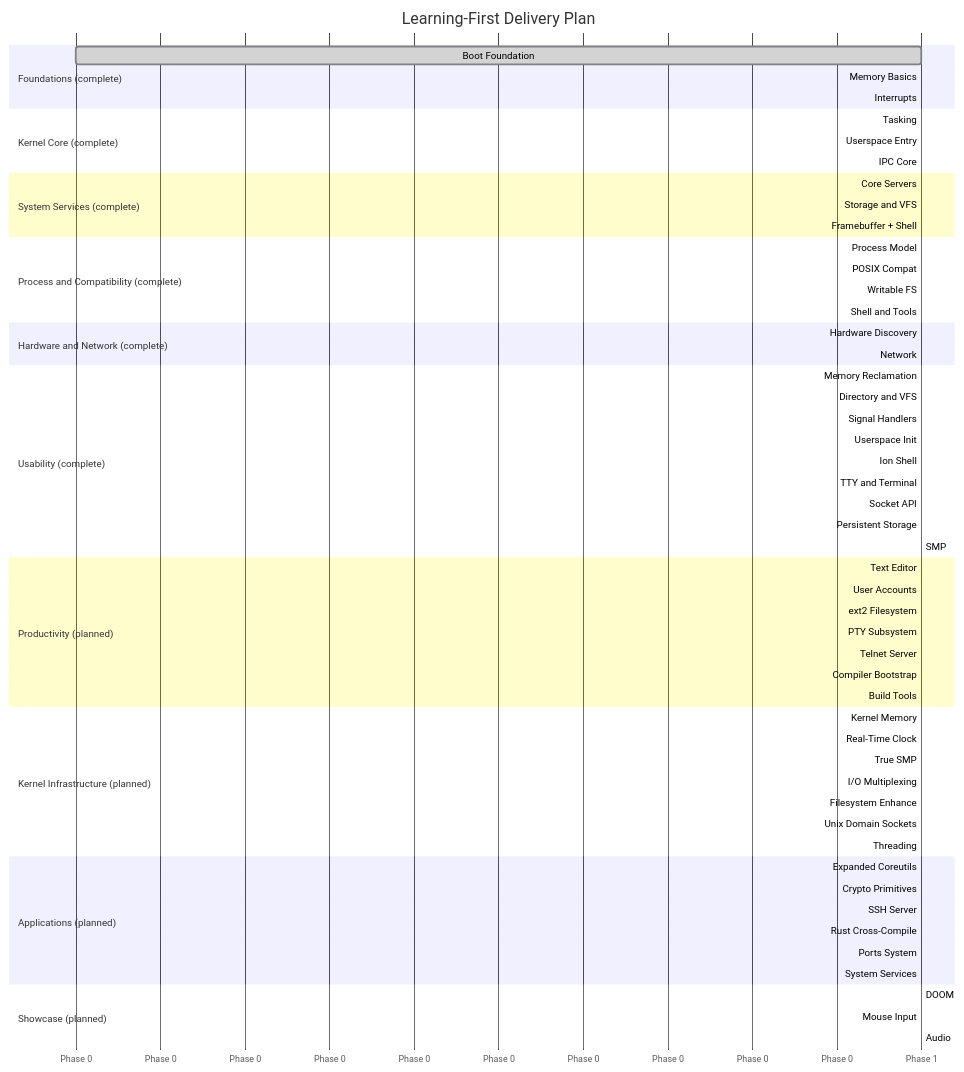
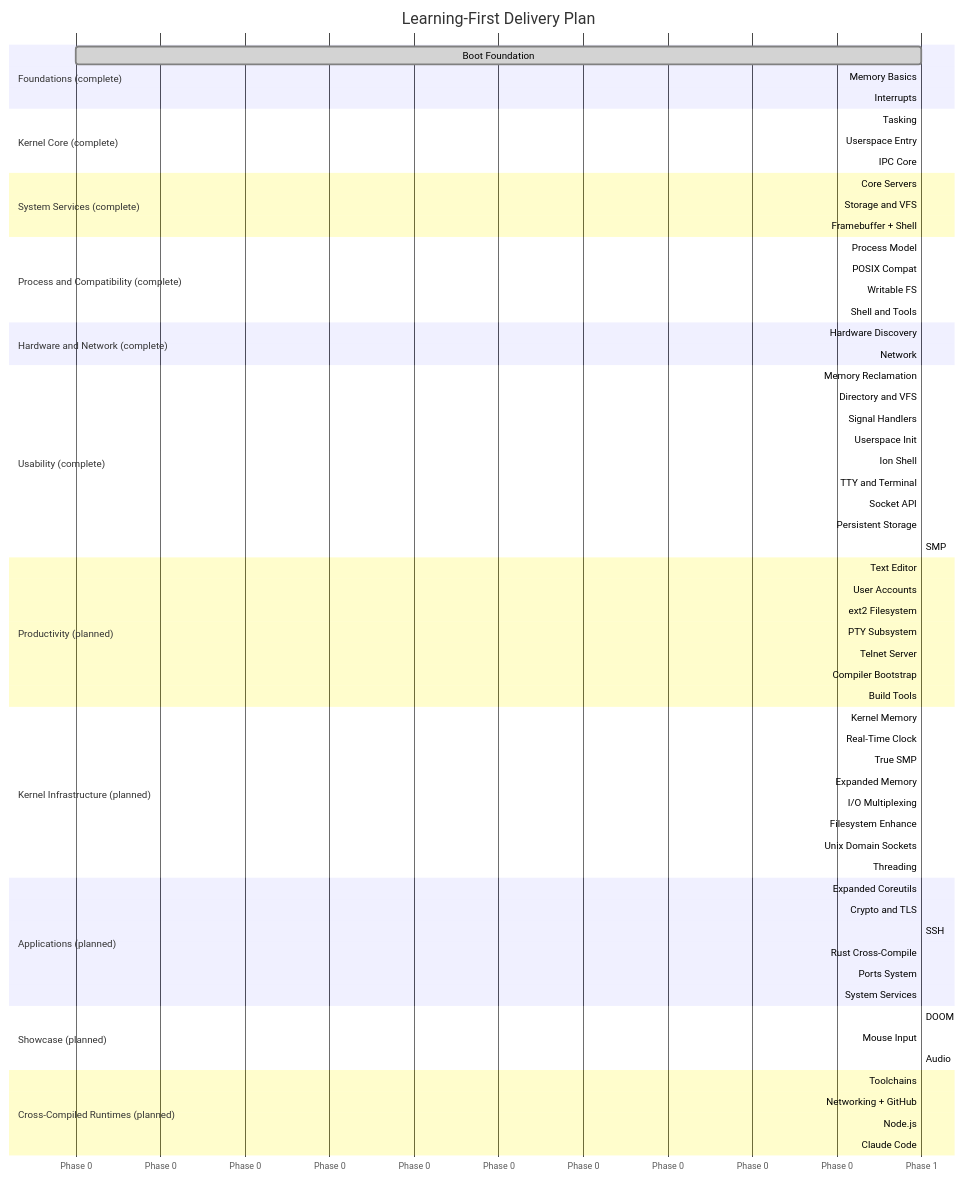
One commit to mikecubed/m3OS changed the second of 2 diagrams in docs/roadmap/README.md. Above: the diagram before and after it, drawn with Mermaid. The commit also changed other lines of this file and 34 other files, not shown here.

First line of the commit message:
docs: expand roadmap with 5 new phases (36, 50-53) and Rust crate strategy (#60)

````diff
--- a/docs/roadmap/README.md
+++ b/docs/roadmap/README.md
@@ -228,73 +249,80 @@
 ```mermaid
 gantt
     title Learning-First Delivery Plan
     dateFormat X
     axisFormat Phase %s
 
     section Foundations (complete)
     Boot Foundation      :done, p1, 0, 1
     Memory Basics        :done, p2, after p1, 1
     Interrupts           :done, p3, after p1, 1
 
     section Kernel Core (complete)
     Tasking              :done, p4, after p2, 1
     Userspace Entry      :done, p5, after p4, 1
     IPC Core             :done, p6, after p5, 1
 
     section System Services (complete)
     Core Servers         :done, p7, after p6, 1
     Storage and VFS      :done, p8, after p7, 1
     Framebuffer + Shell  :done, p9, after p8, 1
 
     section Process and Compatibility (complete)
     Process Model        :done, p11, after p9, 1
     POSIX Compat         :done, p12, after p11, 1
     Writable FS          :done, p13, after p8, 1
     Shell and Tools      :done, p14, after p12, 1
 
     section Hardware and Network (complete)
     Hardware Discovery   :done, p15, after p3, 1
     Network              :done, p16, after p15, 1
 
     section Usability (complete)
     Memory Reclamation   :done, p17, after p14, 1
     Directory and VFS    :done, p18, after p17, 1
     Signal Handlers      :done, p19, after p18, 1
     Userspace Init       :done, p20, after p19, 1
     Ion Shell            :done, p21, after p20, 1
     TTY and Terminal     :done, p22, after p21, 1
     Socket API           :done, p23, after p22, 1
     Persistent Storage   :done, p24, after p18, 1
     SMP                  :done, p25, after p17, 1
 
     section Productivity (planned)
     Text Editor          :active, p26, after p24, 1
     User Accounts        :p27, after p26, 1
     ext2 Filesystem      :p28, after p27, 1
     PTY Subsystem        :p29, after p27, 1
     Telnet Server        :p30, after p29, 1
     Compiler Bootstrap   :p31, after p26, 1
     Build Tools          :p32, after p31, 1
 
     section Kernel Infrastructure (planned)
     Kernel Memory        :p33, after p25, 1
     Real-Time Clock      :p34, after p15, 1
     True SMP             :p35, after p33, 1
-    I/O Multiplexing     :p36, after p35, 1
-    Filesystem Enhance   :p37, after p28, 1
-    Unix Domain Sockets  :p38, after p37, 1
-    Threading            :p39, after p35, 1
+    Expanded Memory      :p36, after p33, 1
+    I/O Multiplexing     :p37, after p35, 1
+    Filesystem Enhance   :p38, after p28, 1
+    Unix Domain Sockets  :p39, after p38, 1
+    Threading            :p40, after p35, 1
 
     section Applications (planned)
-    Expanded Coreutils   :p40, after p37, 1
-    Crypto Primitives    :p41, after p31, 1
-    SSH Server           :p42, after p41, 1
-    Rust Cross-Compile   :p43, after p24, 1
-    Ports System         :p44, after p40, 1
-    System Services      :p45, after p38, 1
+    Expanded Coreutils   :p41, after p38, 1
+    Crypto and TLS       :p42, after p31, 1
+    SSH                  :p43, after p42, 1
+    Rust Cross-Compile   :p44, after p24, 1
+    Ports System         :p45, after p41, 1
+    System Services      :p46, after p39, 1
 
     section Showcase (planned)
-    DOOM                 :p46, after p24, 1
-    Mouse Input          :p47, after p46, 1
-    Audio                :p48, after p46, 1
+    DOOM                 :p47, after p24, 1
+    Mouse Input          :p48, after p47, 1
+    Audio                :p49, after p47, 1
+
+    section Cross-Compiled Runtimes (planned)
+    Toolchains           :p50, after p36, 1
+    Networking + GitHub  :p51, after p50, 1
+    Node.js              :p52, after p51, 1
+    Claude Code          :p53, after p52, 1
 ```
````
